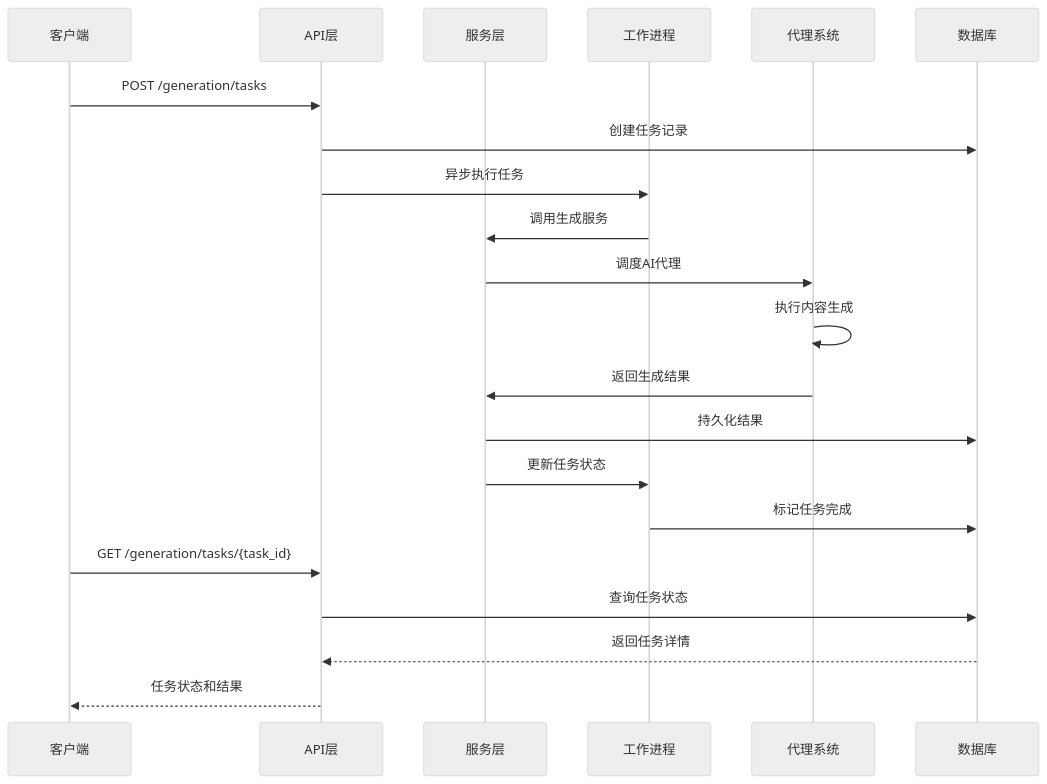
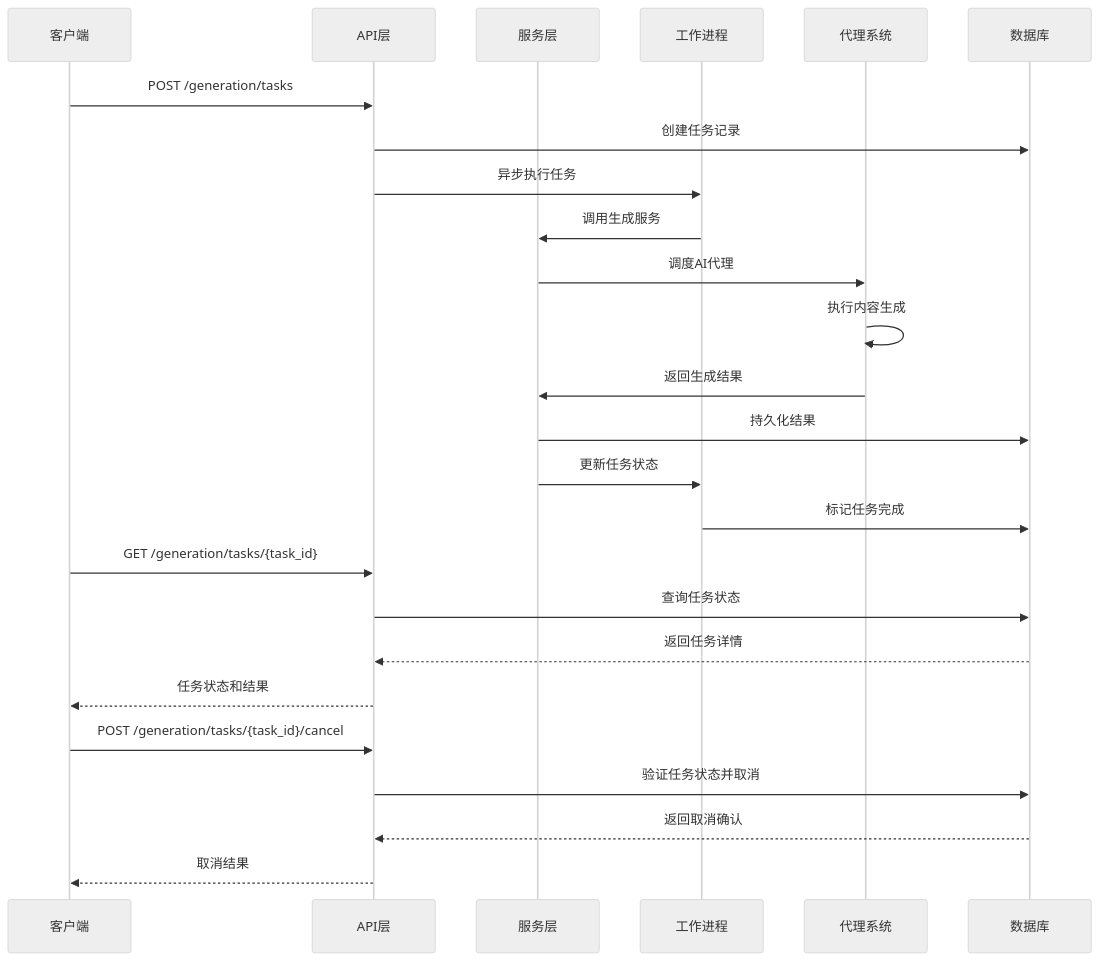
One commit to xfbyxq/ai-novel-system changed the second of 4 diagrams in .qoder/repowiki/zh/content/API接口文档/生成任务API.md. Above: the diagram before and after it, drawn with Mermaid (neutral theme). The commit also changed other lines of this file and 84 other files, not shown here.

````diff
--- a/.qoder/repowiki/zh/content/API接口文档/生成任务API.md
+++ b/.qoder/repowiki/zh/content/API接口文档/生成任务API.md
@@ -114,23 +125,27 @@
 ```mermaid
 sequenceDiagram
 participant Client as 客户端
 participant API as API层
 participant Service as 服务层
 participant Worker as 工作进程
 participant Agent as 代理系统
 participant DB as 数据库
 Client->>API : POST /generation/tasks
 API->>DB : 创建任务记录
 API->>Worker : 异步执行任务
 Worker->>Service : 调用生成服务
 Service->>Agent : 调度AI代理
 Agent->>Agent : 执行内容生成
 Agent->>Service : 返回生成结果
 Service->>DB : 持久化结果
 Service->>Worker : 更新任务状态
 Worker->>DB : 标记任务完成
 Client->>API : GET /generation/tasks/{task_id}
 API->>DB : 查询任务状态
 DB-->>API : 返回任务详情
 API-->>Client : 任务状态和结果
+Client->>API : POST /generation/tasks/{task_id}/cancel
+API->>DB : 验证任务状态并取消
+DB-->>API : 返回取消确认
+API-->>Client : 取消结果
 ```
````
